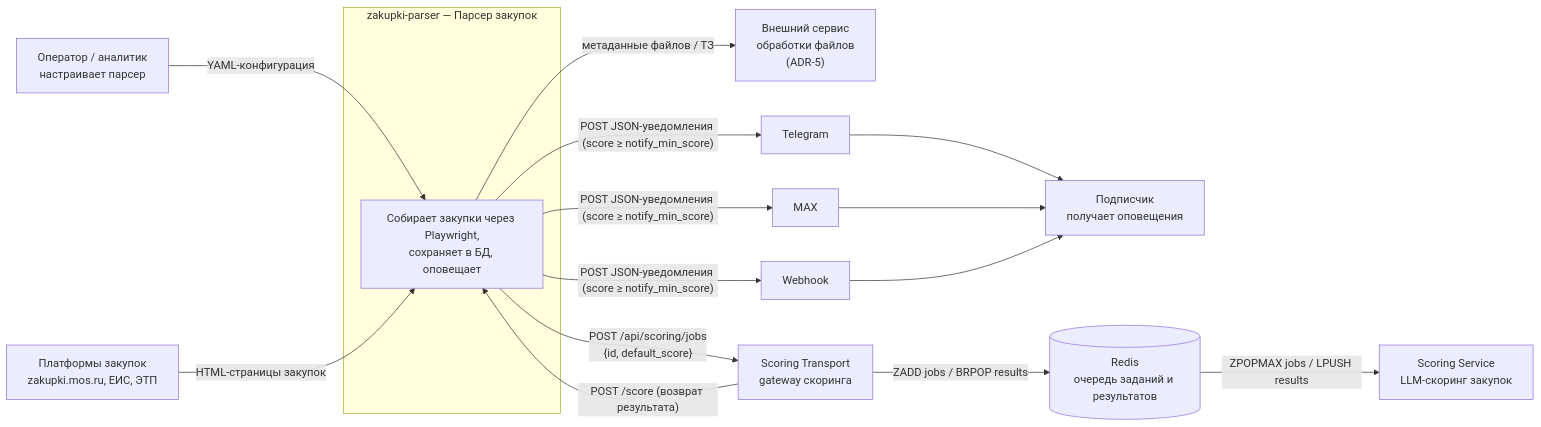
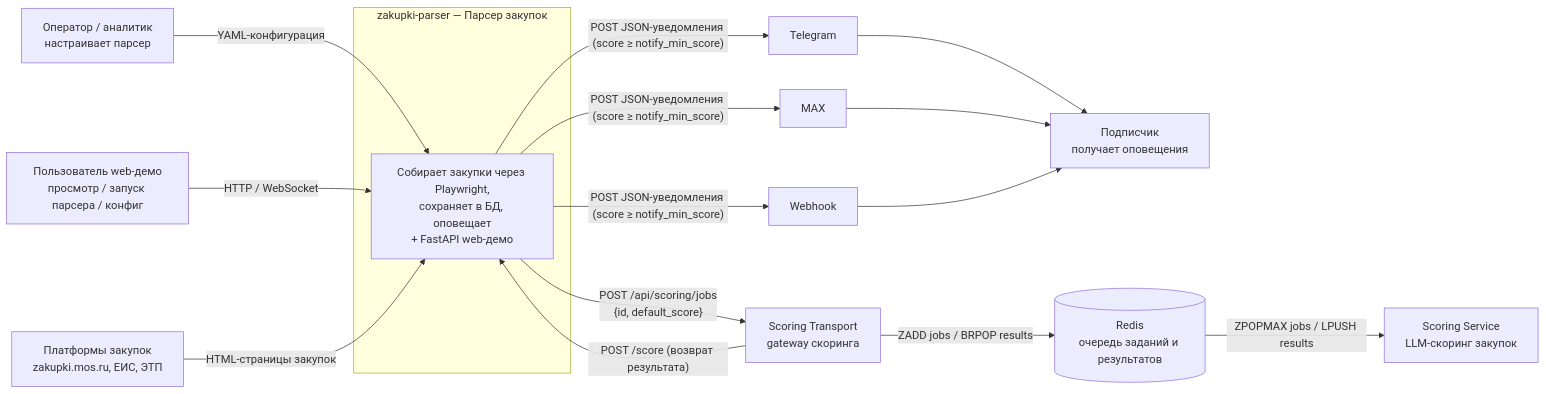
The diagram in docs/c4/context.md (igorvolk1961/zakupki_parser), drawn with Mermaid before and after one commit. The commit also changed other lines of this file and 1 other file, not shown here.

First line of the commit message:
docs: web-демо как почти готовое; авторизация админов в TODO

````diff
--- a/docs/c4/context.md
+++ b/docs/c4/context.md
@@ -5,32 +5,32 @@
 ```mermaid
 flowchart LR
     U["Оператор / аналитик<br/>настраивает парсер"]
     S["Подписчик<br/>получает оповещения"]
+    W["Пользователь web-демо<br/>просмотр / запуск парсера / конфиг"]
 
     subgraph System["zakupki-parser — Парсер закупок"]
-        P["Собирает закупки через Playwright,<br/>сохраняет в БД, оповещает"]
+        P["Собирает закупки через Playwright,<br/>сохраняет в БД, оповещает<br/>+ FastAPI web-демо"]
     end
 
     Z["Платформы закупок<br/>zakupki.mos.ru, ЕИС, ЭТП"]
-    FS["Внешний сервис<br/>обработки файлов<br/>(ADR-5)"]
     TR["Scoring Transport<br/>gateway скоринга"]
     RS[("Redis<br/>очередь заданий и результатов")]
     SG["Scoring Service<br/>LLM-скоринг закупок"]
     TG["Telegram"]
     MX["MAX"]
     WH["Webhook"]
 
     U -->|"YAML-конфигурация"| P
+    W -->|"HTTP / WebSocket"| P
     Z -->|"HTML-страницы закупок"| P
-    P -->|"метаданные файлов / ТЗ"| FS
     P -->|"POST /api/scoring/jobs<br/>{id, default_score}"| TR
     TR -->|"ZADD jobs / BRPOP results"| RS
     RS -->|"ZPOPMAX jobs / LPUSH results"| SG
     TR -->|"POST /score (возврат результата)"| P
     P -->|"POST JSON-уведомления (score ≥ notify_min_score)"| TG
     P -->|"POST JSON-уведомления (score ≥ notify_min_score)"| MX
     P -->|"POST JSON-уведомления (score ≥ notify_min_score)"| WH
     TG --> S
     MX --> S
     WH --> S
 ```
````
